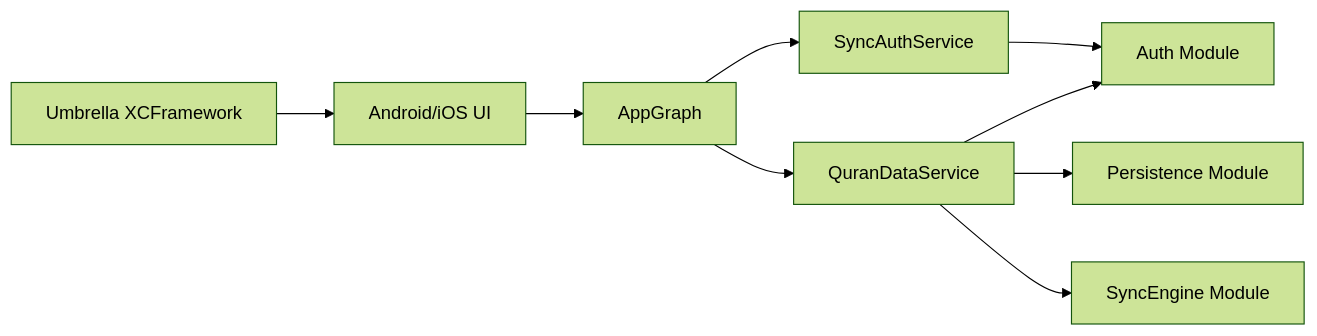
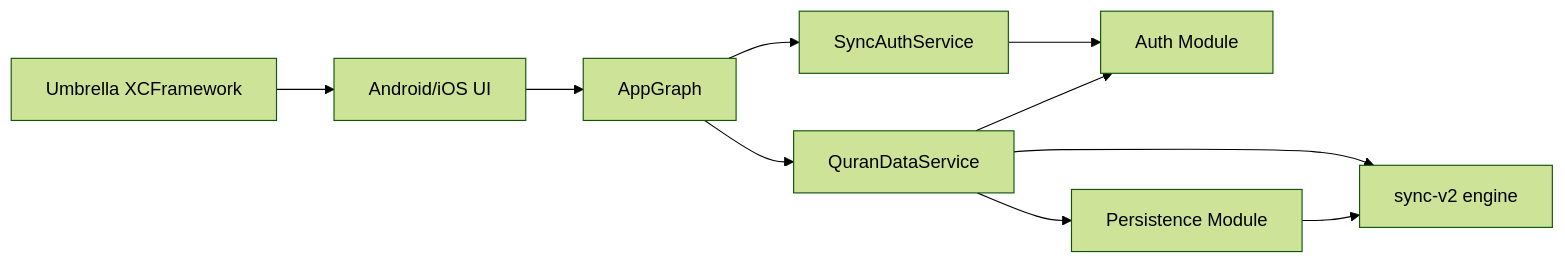
One commit to quran/mobile-sync changed the diagram in README.md. Above: the diagram before and after it, drawn with Mermaid (forest theme). The commit also changed other lines of this file and 152 other files, not shown here.

First line of the commit message:
feat(sync)!: run sync on the sync-v2 engine and plain tables (#323)

````diff
--- a/README.md
+++ b/README.md
@@ -25,11 +25,12 @@
 ```mermaid
 flowchart LR
   UI[Android/iOS UI] --> G[AppGraph]
   G --> S[QuranDataService]
   G --> F[SyncAuthService]
   F --> A[Auth Module]
   S --> A
   S --> P[Persistence Module]
-  S --> E[SyncEngine Module]
+  S --> E[sync-v2 engine]
+  P --> E
   U[Umbrella XCFramework] --> UI
 ```
````
